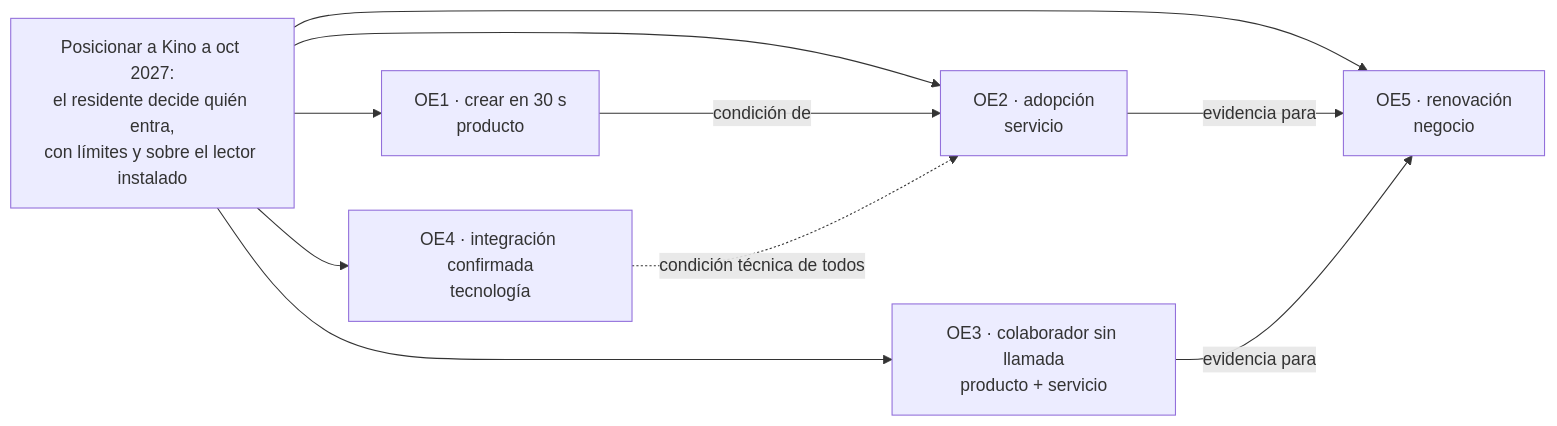
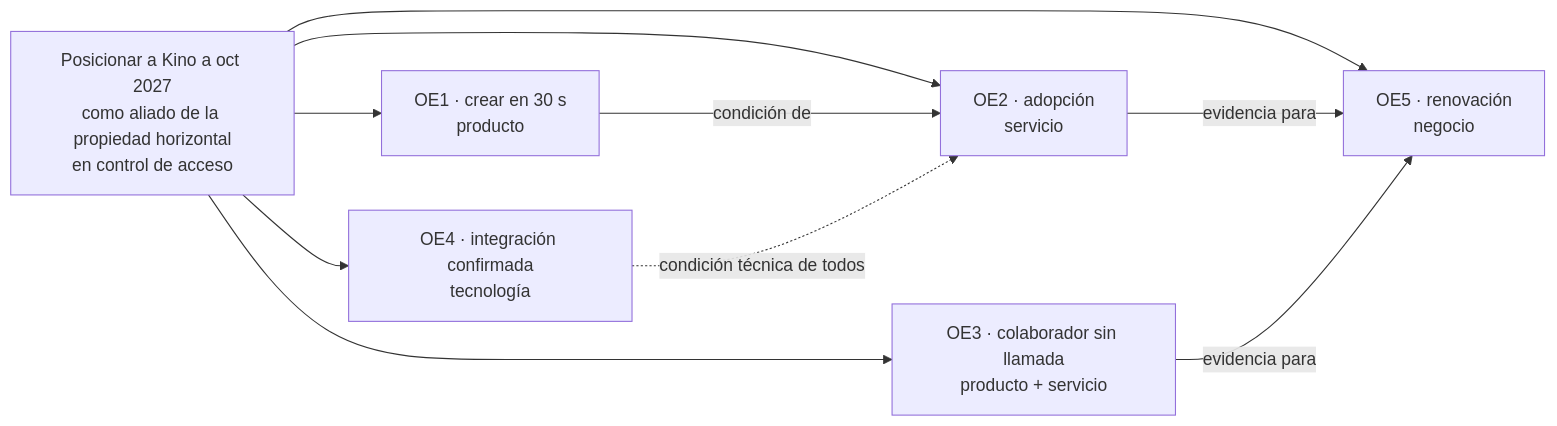
Before and after one commit to Amonsalvem/kino: the first of 2 diagrams in entrega-3/estrategia.md, drawn with Mermaid. The commit also changed other lines of this file and 7 other files, not shown here.

First line of the commit message:
Objetivo general desde el boceto de Nico: aliado de la propiedad horizontal en control de acceso

````diff
--- a/entrega-3/estrategia.md
+++ b/entrega-3/estrategia.md
@@ -126,12 +126,12 @@
 ```mermaid
 flowchart LR
-  G[Posicionar a Kino a oct 2027:<br/>el residente decide quién entra,<br/>con límites y sobre el lector instalado] --> OE1[OE1 · crear en 30 s<br/>producto]
+  G[Posicionar a Kino a oct 2027<br/>como aliado de la propiedad horizontal<br/>en control de acceso] --> OE1[OE1 · crear en 30 s<br/>producto]
   G --> OE2[OE2 · adopción<br/>servicio]
   G --> OE3[OE3 · colaborador sin llamada<br/>producto + servicio]
   G --> OE4[OE4 · integración confirmada<br/>tecnología]
   G --> OE5[OE5 · renovación<br/>negocio]
   OE1 -->|condición de| OE2
   OE2 -->|evidencia para| OE5
   OE3 -->|evidencia para| OE5
   OE4 -.->|condición técnica de todos| OE2
 ```
````
